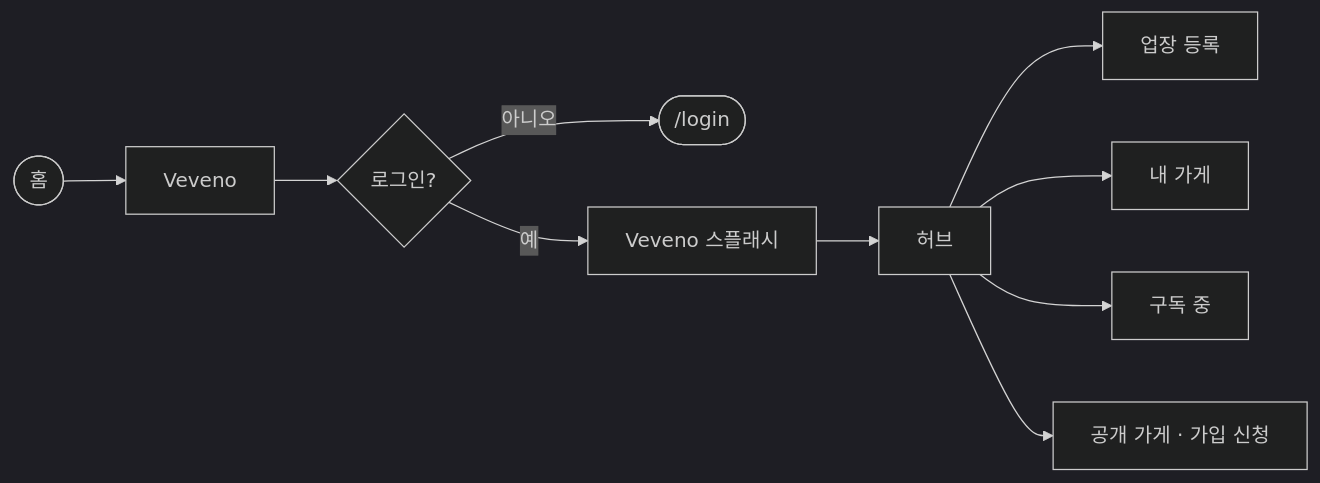
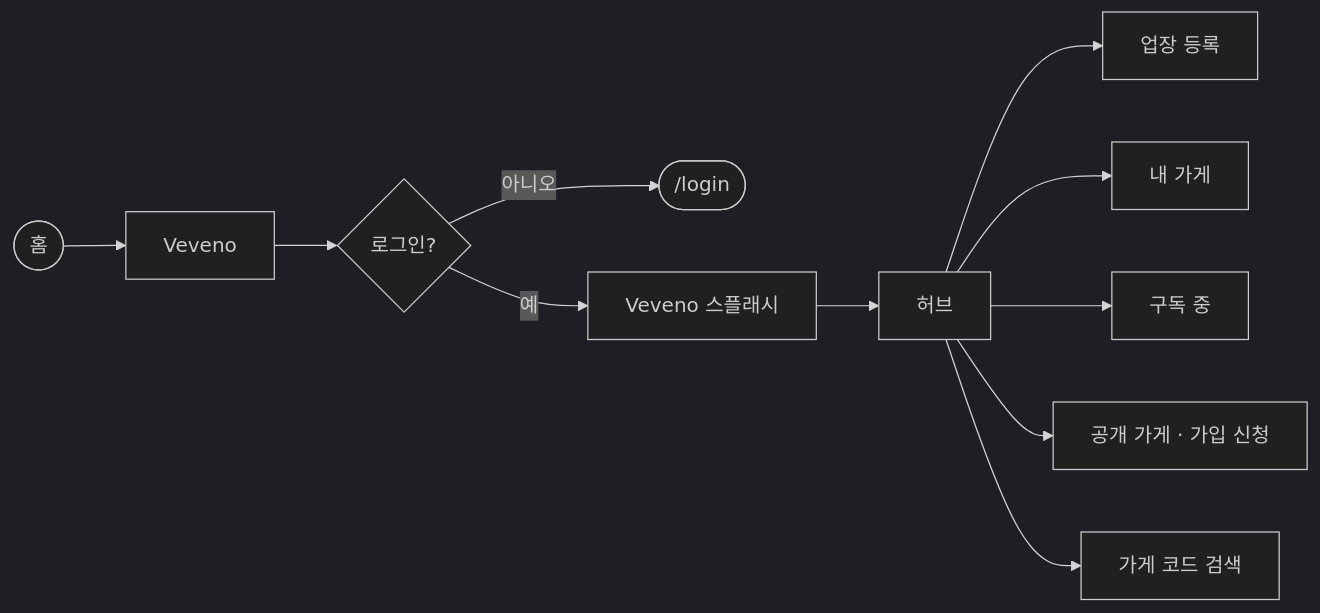
One commit to ohdeg/PBB changed the tenth of 18 diagrams in docs/PBB-유저-흐름도.md. Above: the diagram before and after it, drawn with Mermaid (dark theme). The commit also changed other lines of this file and 84 other files, not shown here.

````diff
--- a/docs/PBB-유저-흐름도.md
+++ b/docs/PBB-유저-흐름도.md
@@ -179,12 +194,13 @@
 ```mermaid
 flowchart LR
     home([홈]) --> brew[Veveno]
     brew --> auth{로그인?}
     auth -->|"아니오"| login([/login])
     auth -->|"예"| splash[Veveno 스플래시]
     splash --> hub[허브]
     hub --> register[업장 등록]
     hub --> myStores[내 가게]
     hub --> subs[구독 중]
     hub --> public[공개 가게 · 가입 신청]
+    hub --> codeSearch[가게 코드 검색]
 ```
````
